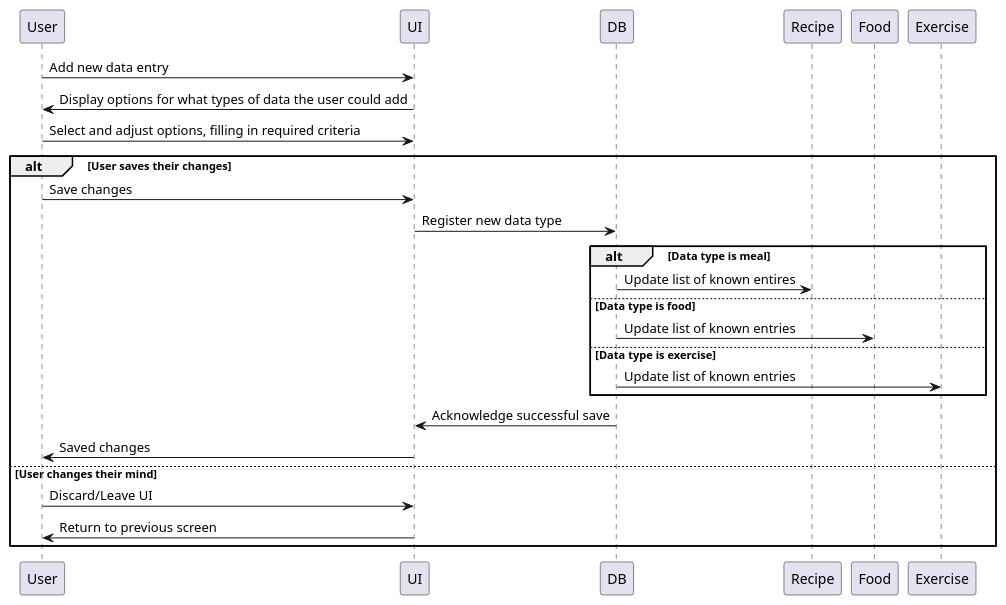
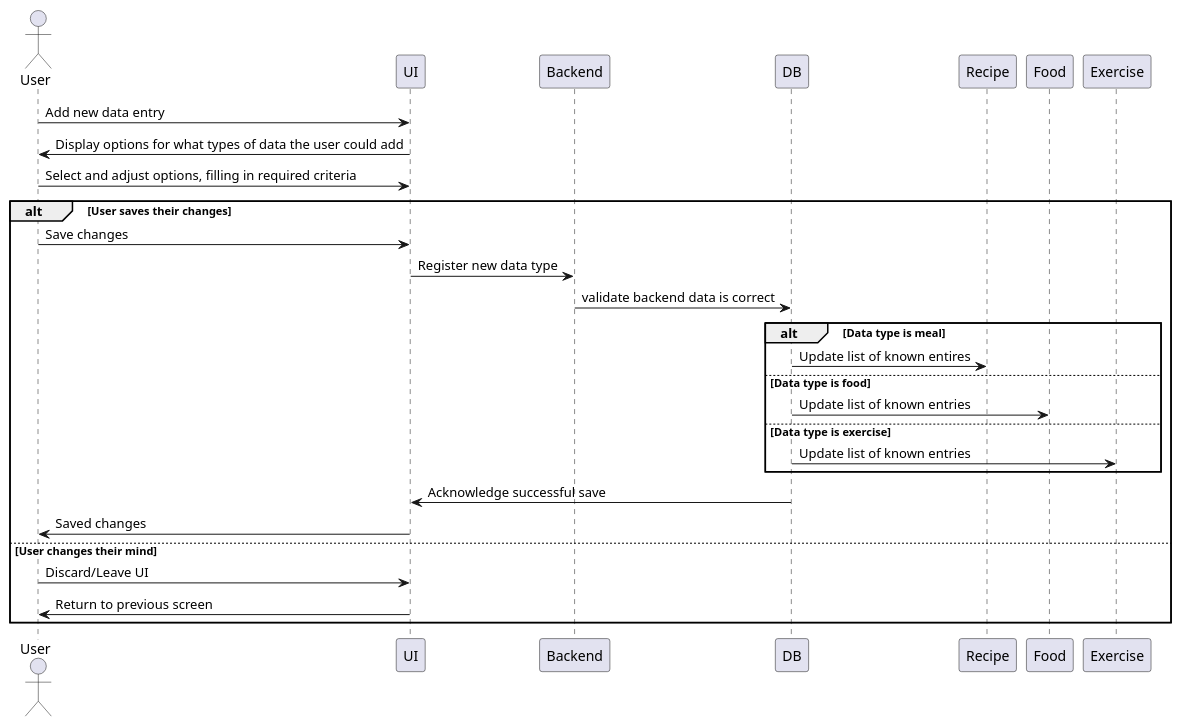
The diagram in addExerciseMealorFoodItem.puml (NativeVex/design_project_pumls), drawn with PlantUML before and after one commit. The commit also changed 2 other files, not shown here.

Commit message:
add planExerciseRegiment state and activity diagrams

```diff
--- a/addExerciseMealorFoodItem.puml
+++ b/addExerciseMealorFoodItem.puml
@@ -1,21 +1,23 @@
 @startuml
-User -> UI: Add new data entry
-UI -> User: Display options for what types of data the user could add
-User -> UI: Select and adjust options, filling in required criteria
+Actor User as human
+human -> UI: Add new data entry
+UI -> human: Display options for what types of data the user could add
+human -> UI: Select and adjust options, filling in required criteria
 alt User saves their changes
-        User -> UI: Save changes
-        UI -> DB: Register new data type
+        human -> UI: Save changes
+        UI -> Backend: Register new data type
+        Backend -> DB: validate backend data is correct
         alt Data type is meal
                 DB -> Recipe: Update list of known entires
         else Data type is food
                 DB -> Food: Update list of known entries
         else Data type is exercise
                 DB -> Exercise: Update list of known entries
         end
         DB -> UI: Acknowledge successful save
-        UI -> User: Saved changes
+        UI -> human: Saved changes
 else User changes their mind
-        User -> UI: Discard/Leave UI
-        UI -> User: Return to previous screen
+        human -> UI: Discard/Leave UI
+        UI -> human: Return to previous screen
 end
 @enduml
```
